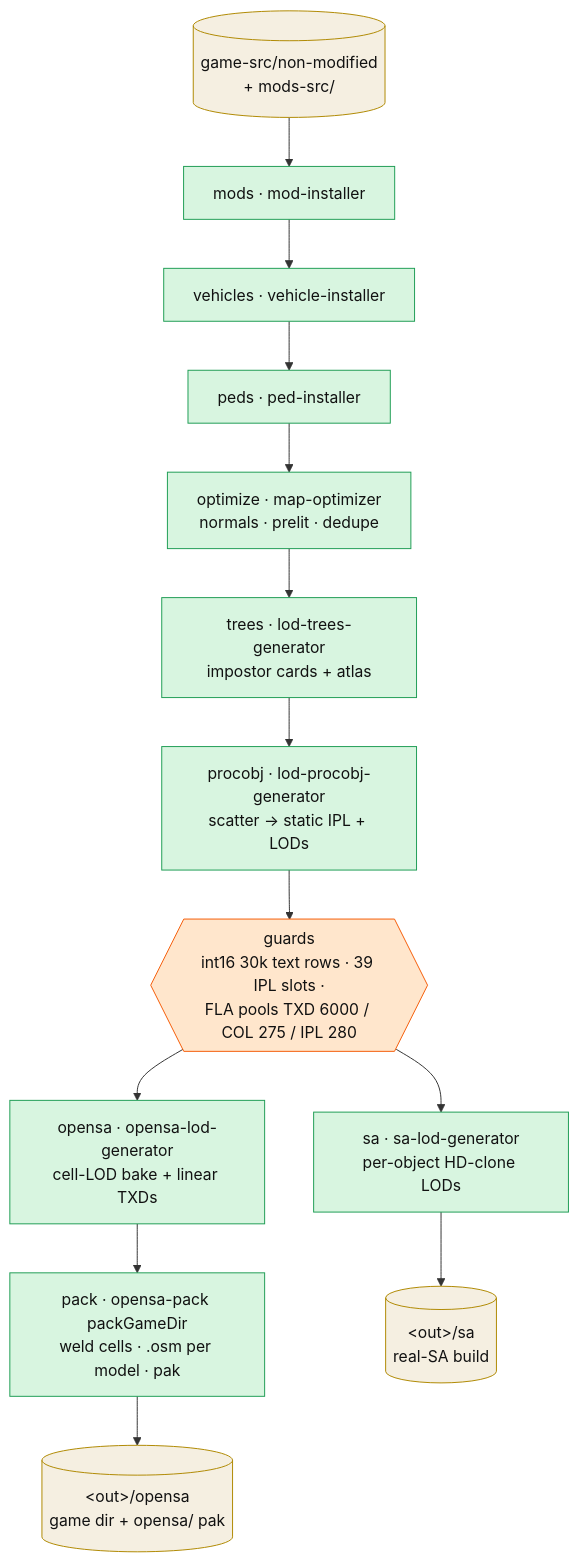
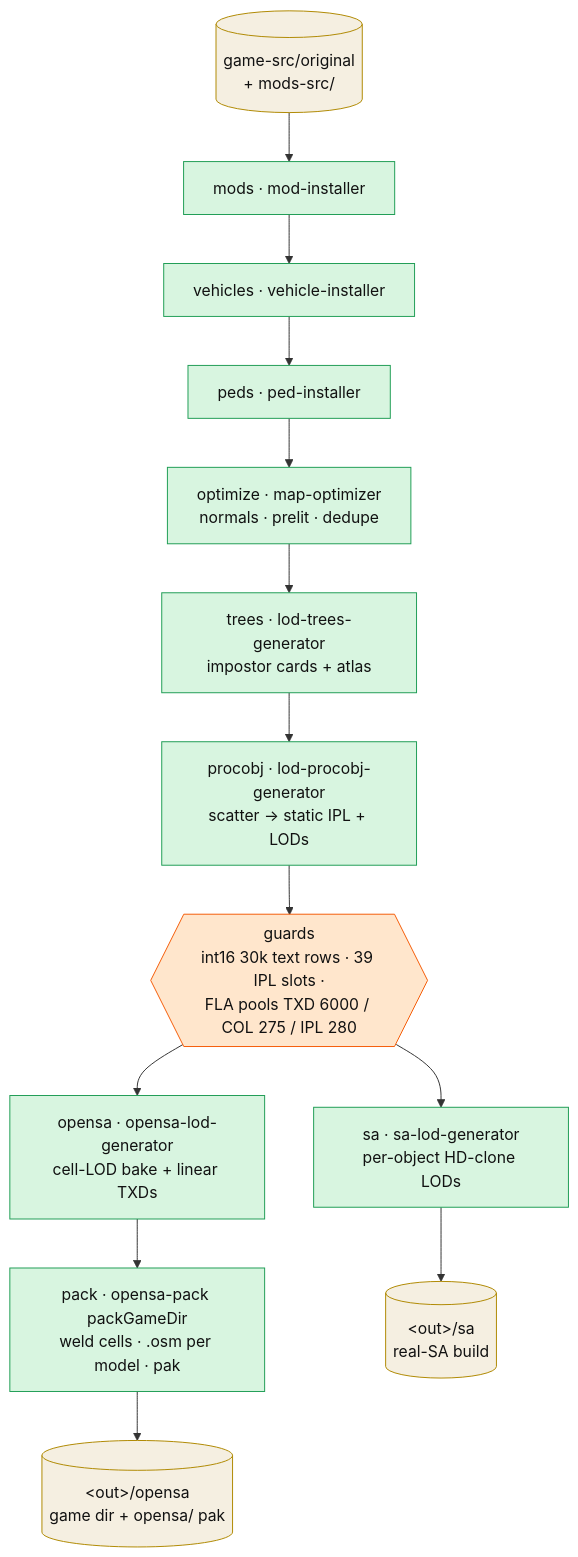
One commit to sexorcist00/opensa changed the diagram in docs/architecture/perfect-map-builder.md. Above: the diagram before and after it, drawn with Mermaid. The commit also changed other lines of this file and 99 other files, not shown here.

First line of the commit message:
refactor(086): one name across the roots — game-src/original · mods-src/original · build/original

````diff
--- a/docs/architecture/perfect-map-builder.md
+++ b/docs/architecture/perfect-map-builder.md
@@ -20,25 +20,25 @@
 ```mermaid
 %%| pmb-pipeline
 flowchart TB
-  src[("game-src/non-modified<br/>+ mods-src/")]:::data
+  src[("game-src/original<br/>+ mods-src/")]:::data
   mods["mods · mod-installer"]:::stage
   veh["vehicles · vehicle-installer"]:::stage
   peds["peds · ped-installer"]:::stage
   opt["optimize · map-optimizer<br/>normals · prelit · dedupe"]:::stage
   trees["trees · lod-trees-generator<br/>impostor cards + atlas"]:::stage
   proc["procobj · lod-procobj-generator<br/>scatter → static IPL + LODs"]:::stage
   guard{{"guards<br/>int16 30k text rows · 39 IPL slots ·<br/>FLA pools TXD 6000 / COL 275 / IPL 280"}}:::guard
   sa["sa · sa-lod-generator<br/>per-object HD-clone LODs"]:::stage
   oslod["opensa · opensa-lod-generator<br/>cell-LOD bake + linear TXDs"]:::stage
   pack["pack · opensa-pack packGameDir<br/>weld cells · .osm per model · pak"]:::stage
   outsa[("&lt;out&gt;/sa<br/>real-SA build")]:::data
   outos[("&lt;out&gt;/opensa<br/>game dir + opensa/ pak")]:::data
 
   src --> mods --> veh --> peds --> opt --> trees --> proc --> guard
   guard --> sa --> outsa
   guard --> oslod --> pack --> outos
 
   classDef stage fill:#d8f5e0,stroke:#1f9d55,color:#111
   classDef guard fill:#ffe6cc,stroke:#f55c07,color:#111
   classDef data fill:#f5efe1,stroke:#b08900,color:#111
 ```
````
